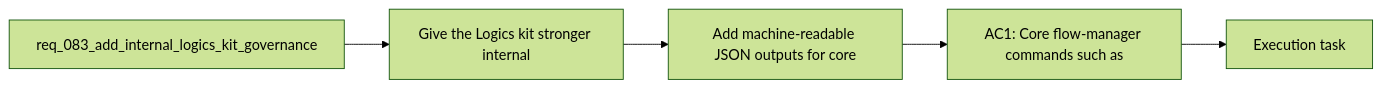
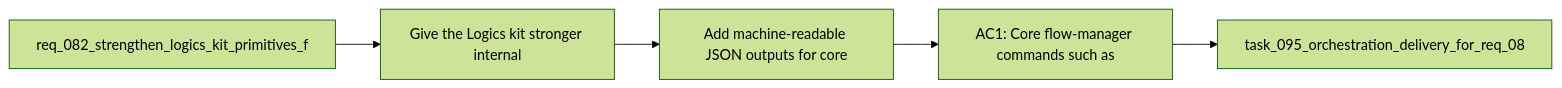
The diagram in logics/backlog/item_122_add_machine_readable_json_outputs_for_core_flow_manager_commands.md (AlexAgo83/logics-manager), drawn with Mermaid (forest theme) before and after one commit. The commit also changed 481 other files, not shown here.

````diff
--- a/logics/backlog/item_122_add_machine_readable_json_outputs_for_core_flow_manager_commands.md
+++ b/logics/backlog/item_122_add_machine_readable_json_outputs_for_core_flow_manager_commands.md
@@ -21,9 +21,9 @@
 ```mermaid
 %% logics-kind: backlog
 %% logics-signature: backlog|add-machine-readable-json-outputs-for-co|req-082-strengthen-logics-kit-primitives|give-the-logics-kit-stronger-internal|ac1-core-flow-manager-commands-such-as
 flowchart LR
-    Request[req_083_add_internal_logics_kit_governance] --> Problem[Give the Logics kit stronger internal]
+    Request[req_082_strengthen_logics_kit_primitives_f] --> Problem[Give the Logics kit stronger internal]
     Problem --> Scope[Add machine-readable JSON outputs for core]
     Scope --> Acceptance[AC1: Core flow-manager commands such as]
-    Acceptance --> Tasks[Execution task]
+    Acceptance --> Tasks[task_095_orchestration_delivery_for_req_08]
 ```
````
